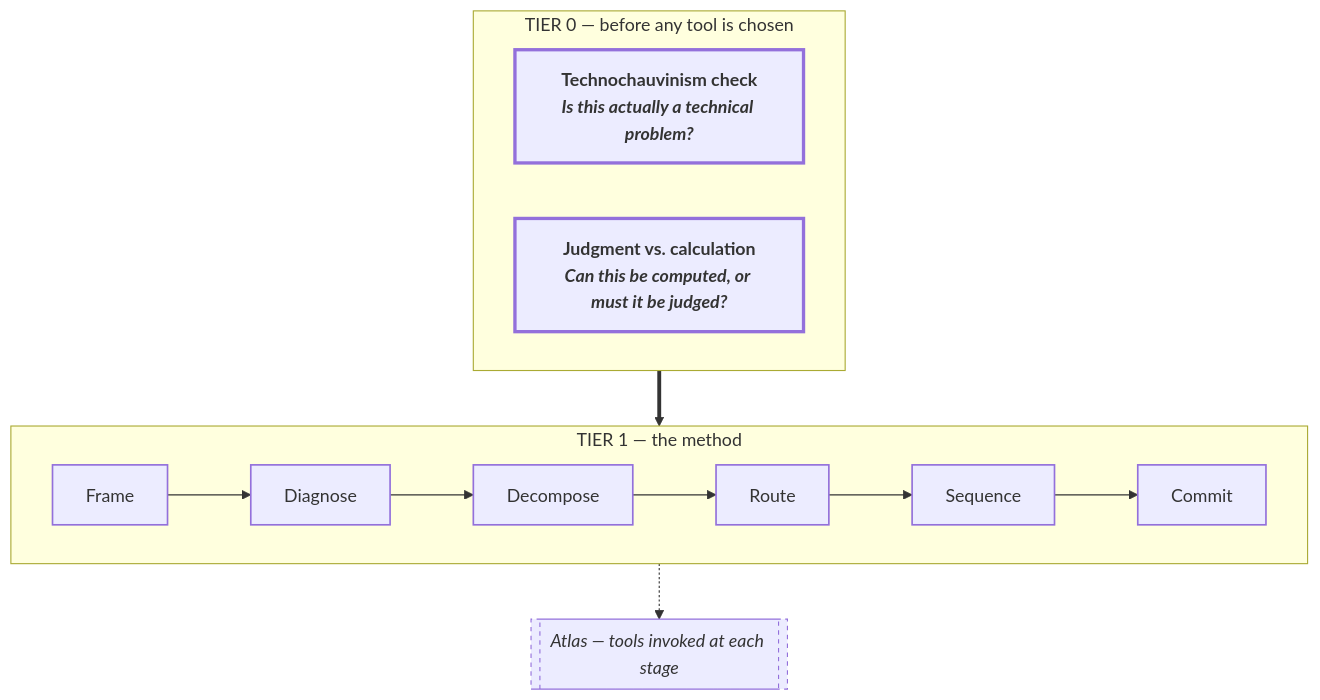
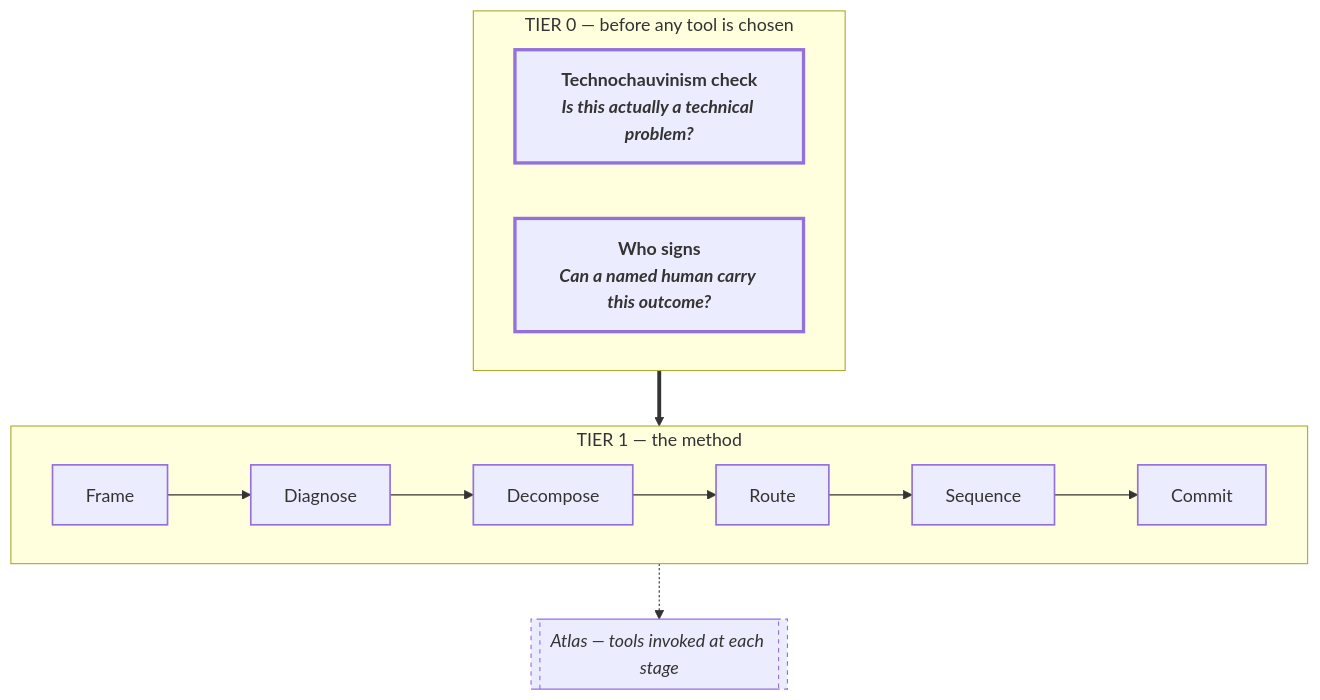
One commit to saviranta/know-when-to-ai changed the diagram in docs/ch-1.md. Above: the diagram before and after it, drawn with Mermaid. The commit also changed other lines of this file and 4 other files, not shown here.

First line of the commit message:
Retire Weizenbaum's capability claim; rename gate 2 'Who Signs'

````diff
--- a/docs/ch-1.md
+++ b/docs/ch-1.md
@@ -53,24 +53,24 @@
 ```mermaid
 flowchart TD
   subgraph TIER0["TIER 0 &mdash; before any tool is chosen"]
     direction LR
     G1["<b>Technochauvinism check</b><br/><i>Is this actually a technical problem?</i>"]
-    G2["<b>Judgment vs. calculation</b><br/><i>Can this be computed, or must it be judged?</i>"]
+    G2["<b>Who signs</b><br/><i>Can a named human carry this outcome?</i>"]
   end
 
   TIER0 ==> SPINE
 
   subgraph SPINE["TIER 1 &mdash; the method"]
     direction LR
     S1[Frame] --> S2[Diagnose] --> S3[Decompose] --> S4[Route] --> S5[Sequence] --> S6[Commit]
   end
 
   SPINE -.-> ATLAS[["Atlas &mdash; tools invoked at each stage"]]
 
   classDef tier0Gate stroke-width:3px,font-weight:bold;
   classDef tier1Stage stroke-width:1.5px;
   classDef atlasNote stroke-dasharray:4 4,stroke-width:1px,font-style:italic;
   class G1,G2 tier0Gate;
   class S1,S2,S3,S4,S5,S6 tier1Stage;
   class ATLAS atlasNote;
 ```
````
